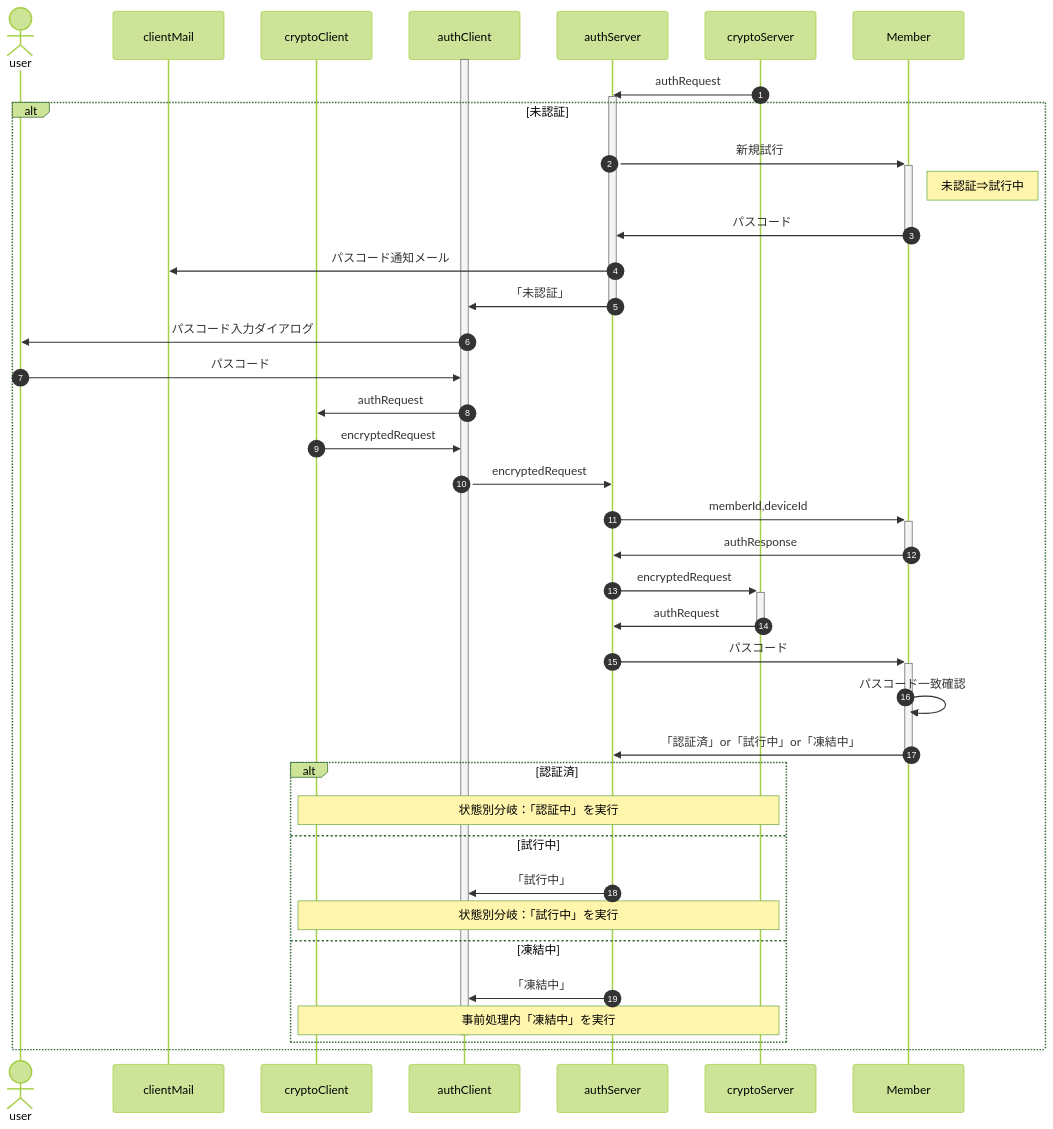
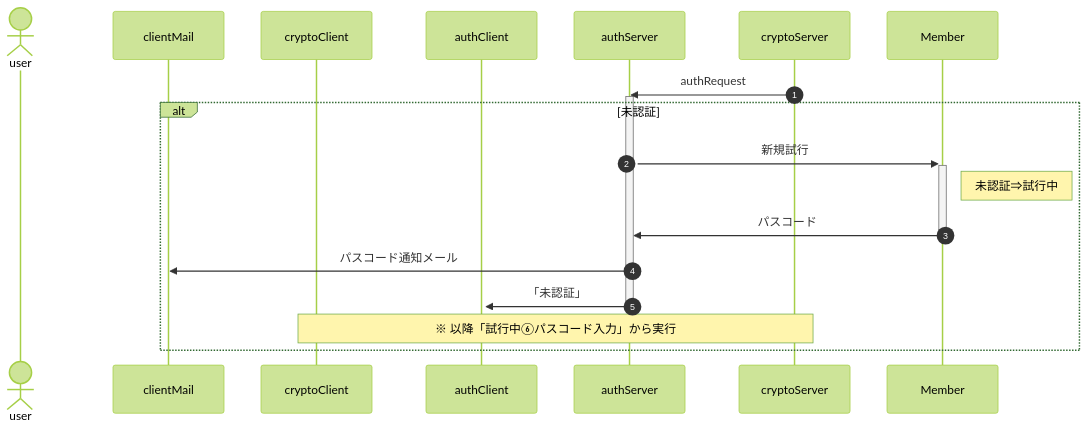
Before and after one commit to nakaone/library: the seventh of 8 diagrams in underDev/Auth/doc/specification.md, drawn with Mermaid (forest theme). The commit also changed other lines of this file and 12 other files, not shown here.

````diff
--- a/underDev/Auth/doc/specification.md
+++ b/underDev/Auth/doc/specification.md
@@ -495,54 +517,30 @@
 ```mermaid
 sequenceDiagram
   autonumber
   actor user
   %%participant localFunc
   participant clientMail
   %%participant IndexedDB
   participant cryptoClient
   participant authClient
   participant authServer
   participant cryptoServer
   participant Member
   %%participant serverFunc
   %%actor admin
 
   activate authClient
   cryptoServer->>authServer: authRequest
   activate authServer
 
   alt 未認証
     authServer->>+Member: 新規試行
     Note right of Member: 未認証⇒試行中
     Member->>-authServer: パスコード
     authServer->>clientMail: パスコード通知メール
     authServer->>authClient: 「未認証」
     deactivate authServer
 
-    authClient->>user: パスコード入力ダイアログ
-    user->>authClient: パスコード
-    authClient->>cryptoClient: authRequest
-    cryptoClient->>authClient: encryptedRequest
-    authClient->>authServer: encryptedRequest
-    authServer->>+Member: memberId,deviceId
-    Member->>-authServer: authResponse
-    authServer->>+cryptoServer: encryptedRequest
-    cryptoServer->>-authServer: authRequest
-    authServer->>+Member: パスコード
-    Member->>Member: パスコード一致確認
-    Member->>-authServer: 「認証済」or「試行中」or「凍結中」
-
-    alt 認証済
-      Note over cryptoClient,cryptoServer: 状態別分岐：「認証中」を実行
-    else 試行中
-      authServer->>authClient: 「試行中」
-      Note over cryptoClient,cryptoServer: 状態別分岐：「試行中」を実行
-    else 凍結中
-      authServer->>authClient: 「凍結中」
-      Note over cryptoClient,cryptoServer: 事前処理内「凍結中」を実行
-      deactivate authClient
-    end
+    Note over cryptoClient, cryptoServer: ※ 以降「試行中⑥パスコード入力」から実行
   end
-
-
 ```
````
